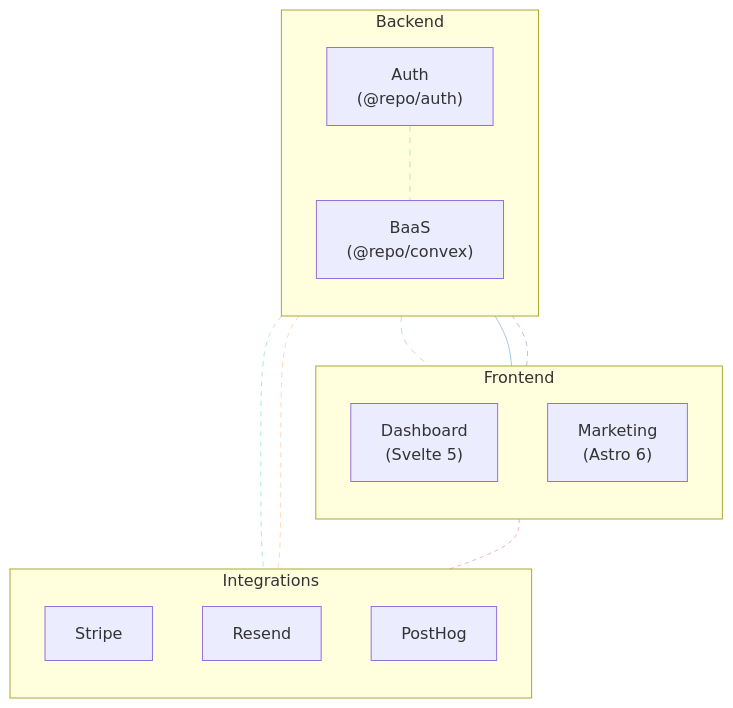
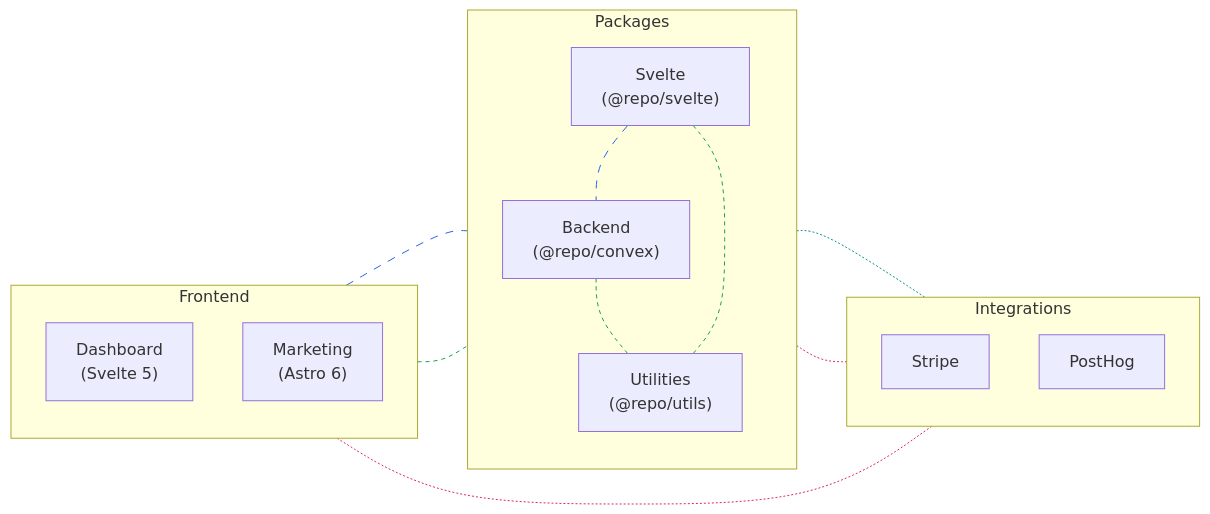
One commit to armandthuillart/rosace changed the diagram in README.md. Above: the diagram before and after it, drawn with Mermaid. The commit also changed other lines of this file and 52 other files, not shown here.

````diff
--- a/README.md
+++ b/README.md
@@ -64,37 +64,39 @@
 ```mermaid
-flowchart TD
+flowchart LR
   subgraph Frontend
     direction TB
     dashboard["Dashboard<br/>(Svelte 5)"]
     marketing["Marketing<br/>(Astro 6)"]
   end
 
-  subgraph "Backend"
+  subgraph "Packages"
     direction TB
-    convex["BaaS<br/>(@repo/convex)"]
-    auth["Auth<br/>(@repo/auth)"]
+    svelte["Svelte<br/>(@repo/svelte)"]
+    convex["Backend<br/>(@repo/convex)"]
+    utils["Utilities<br/>(@repo/utils)"]
   end
 
   subgraph "Integrations"
     direction TB
     stripe["Stripe"]
-    email["Resend"]
     posthog["PostHog"]
   end
 
-  dashboard --- convex
-  marketing --- convex
-  auth -.- dashboard
-  auth -.- convex
+  dashboard --- svelte
+  svelte --- convex
   convex -.- stripe
-  convex -.- email
+  convex -.- posthog
   dashboard -.- posthog
+  convex --- utils
+  svelte --- utils
+  dashboard --- utils
 
-  linkStyle 0 stroke:#a3c9e2,stroke-width:1px
-  linkStyle 1 stroke:#ceb6e2,stroke-width:1px,stroke-dasharray:5
-  linkStyle 2 stroke:#b9e6c2,stroke-width:1px,stroke-dasharray:6,stroke:#b9e6c2
-  linkStyle 3 stroke:#b9e6c2,stroke-width:1px,stroke-dasharray:6,stroke:#b9e6c2
-  linkStyle 4 stroke:#aee9e1,stroke-width:1px,stroke-dasharray:5
-  linkStyle 5 stroke:#ffd8b6,stroke-width:1px,stroke-dasharray:5
-  linkStyle 6 stroke:#f6aec7,stroke-width:1px,stroke-dasharray:4
+  linkStyle 0 stroke:#2563eb,stroke-width:1px,stroke-dasharray:8,4
+  linkStyle 1 stroke:#2563eb,stroke-width:1px,stroke-dasharray:8,4
+  linkStyle 2 stroke:#0d9488,stroke-width:1px,stroke-dasharray:2,4
+  linkStyle 3 stroke:#db2777,stroke-width:1px,stroke-dasharray:2,4
+  linkStyle 4 stroke:#db2777,stroke-width:1px,stroke-dasharray:2,4
+  linkStyle 5 stroke:#16a34a,stroke-width:1px,stroke-dasharray:4,4
+  linkStyle 6 stroke:#16a34a,stroke-width:1px,stroke-dasharray:4,4
+  linkStyle 7 stroke:#16a34a,stroke-width:1px,stroke-dasharray:4,4
 ```
````
